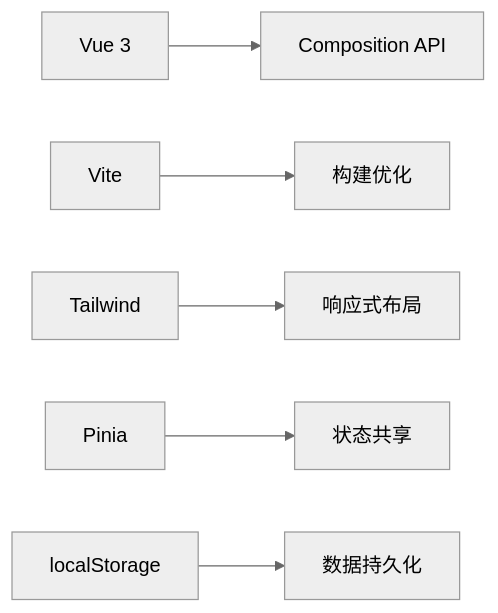
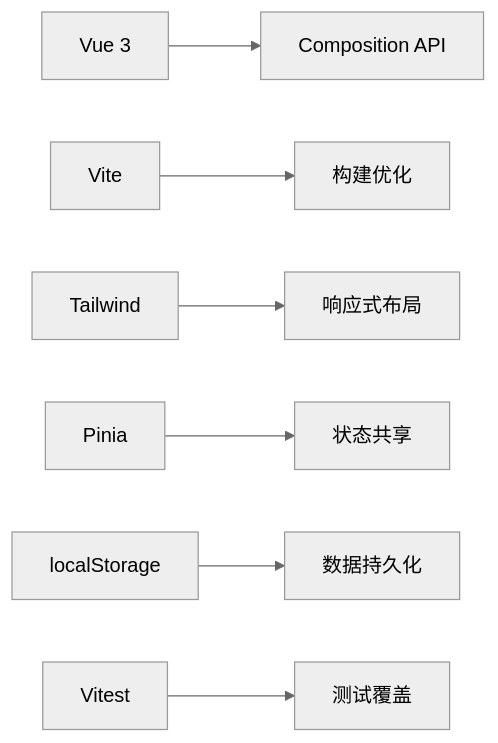
One commit to EvilJoker/oneboard changed the first of 4 diagrams in docs/design/00架构设计文档.md. Above: the diagram before and after it, drawn with Mermaid (neutral theme). The commit also changed other lines of this file and 23 other files, not shown here.

````diff
--- a/docs/design/00架构设计文档.md
+++ b/docs/design/00架构设计文档.md
@@ -10,8 +10,9 @@
 ```mermaid
 graph LR
     A[Vue 3] --> B[Composition API]
     C[Vite] --> D[构建优化]
     E[Tailwind] --> F[响应式布局]
     G[Pinia] --> H[状态共享]
     I[localStorage] --> J[数据持久化]
+    K[Vitest] --> L[测试覆盖]
 ```
````
